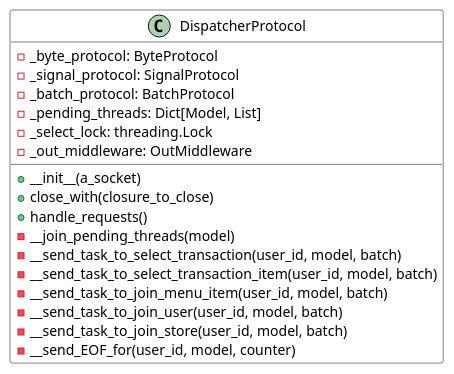
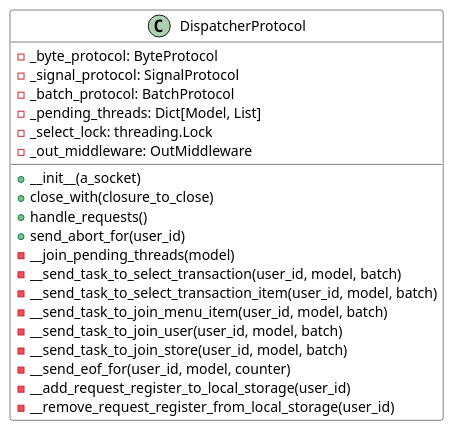
The diagram in src/img/vista_logica/clases_protocol_dispatcher.puml (SebastianVintonuke/TA050-TP-Design), drawn with PlantUML before and after one commit. The commit also changed 17 other files, not shown here.

```diff
--- a/src/img/vista_logica/clases_protocol_dispatcher.puml
+++ b/src/img/vista_logica/clases_protocol_dispatcher.puml
@@ -1,29 +1,32 @@
 @startuml
 
 skinparam backgroundColor white
 skinparam classBorderColor black
 skinparam classBackgroundColor white
 skinparam ArrowColor black
 skinparam defaultFontColor black
 
 class DispatcherProtocol {
     - _byte_protocol: ByteProtocol
     - _signal_protocol: SignalProtocol
     - _batch_protocol: BatchProtocol
     - _pending_threads: Dict[Model, List]
     - _select_lock: threading.Lock
     - _out_middleware: OutMiddleware
 
     + __init__(a_socket)
     + close_with(closure_to_close)
     + handle_requests()
+    + send_abort_for(user_id)
     - __join_pending_threads(model)
     - __send_task_to_select_transaction(user_id, model, batch)
     - __send_task_to_select_transaction_item(user_id, model, batch)
     - __send_task_to_join_menu_item(user_id, model, batch)
     - __send_task_to_join_user(user_id, model, batch)
     - __send_task_to_join_store(user_id, model, batch)
-    - __send_EOF_for(user_id, model, counter)
+    - __send_eof_for(user_id, model, counter)
+    - __add_request_register_to_local_storage(user_id)
+    - __remove_request_register_from_local_storage(user_id)
 }
 
 @enduml
```
